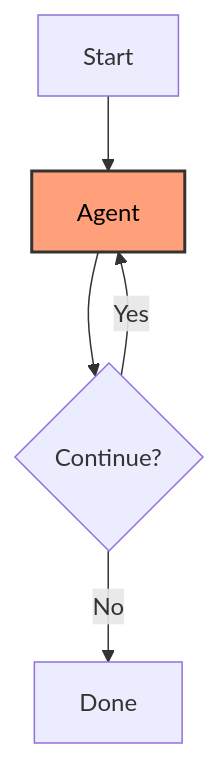
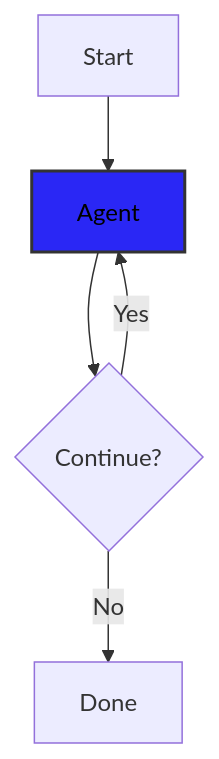
One commit to OpenLiberty/liberty-workshop-langchain4j changed the fourth of 6 diagrams in docs/docs/section-2/step-02.md. Above: the diagram before and after it, drawn with Mermaid. The commit also changed other lines of this file and 5 other files, not shown here.

````diff
--- a/docs/docs/section-2/step-02.md
+++ b/docs/docs/section-2/step-02.md
@@ -120,8 +134,8 @@
 ```mermaid
 graph TD
     Start["Start"] --> A["Agent"]
     A --> Check{"Continue?"}
     Check -->|Yes| A
     Check -->|No| End["Done"]
-    style A fill:#FFA07A,stroke:#333,stroke-width:2,color:#000
+    style A fill:#2A27F5,stroke:#333,stroke-width:2,color:#000
 ```
````
